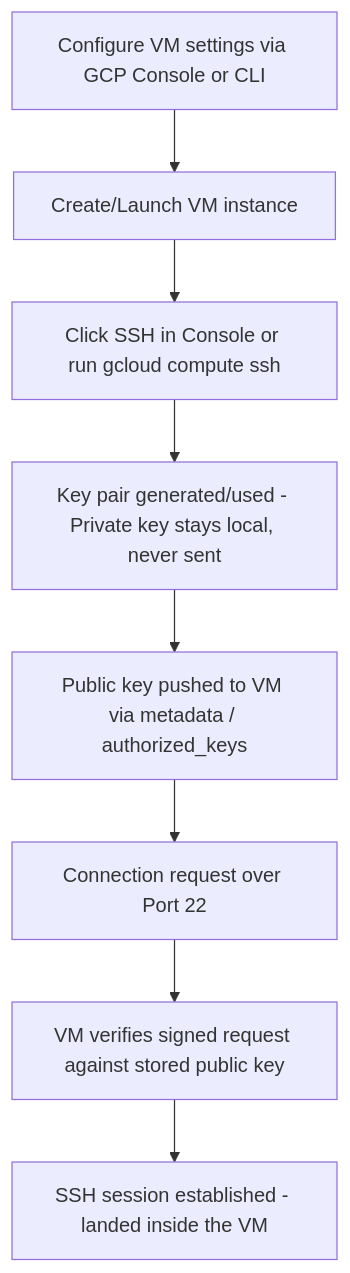
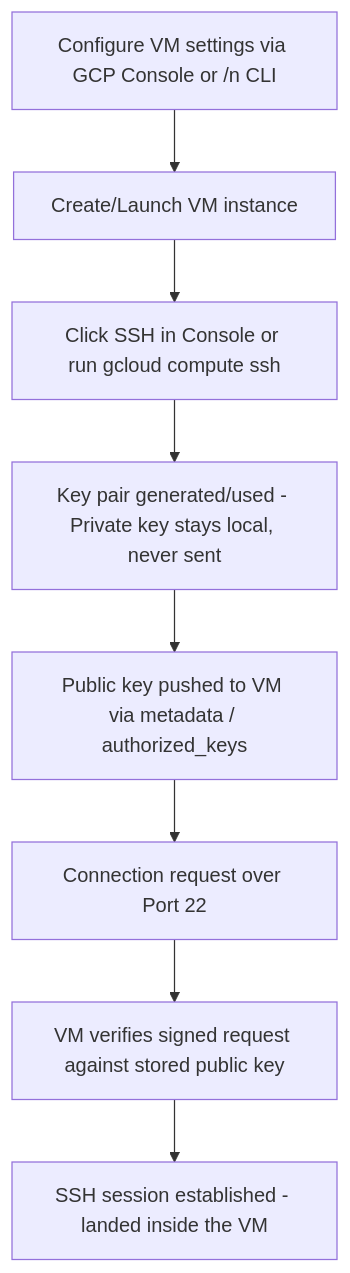
The diagram in linux Basics/README.md (AshishMundle/cloud-devops), drawn with Mermaid before and after one commit.

````diff
--- a/linux Basics/README.md
+++ b/linux Basics/README.md
@@ -20,10 +20,10 @@
 ```mermaid
 flowchart TD
-    A[Configure VM settings via GCP Console or CLI] --> B[Create/Launch VM instance]
+    A[Configure VM settings via GCP Console or /n CLI] --> B[Create/Launch VM instance]
     B --> C[Click SSH in Console or run gcloud compute ssh]
     C --> D[Key pair generated/used - Private key stays local, never sent]
     D --> E[Public key pushed to VM via metadata / authorized_keys]
     E --> F[Connection request over Port 22]
     F --> G[VM verifies signed request against stored public key]
     G --> H[SSH session established - landed inside the VM]
 ```
````
